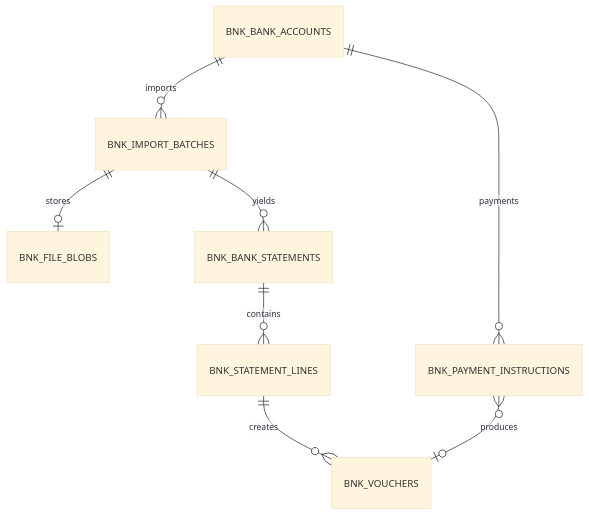
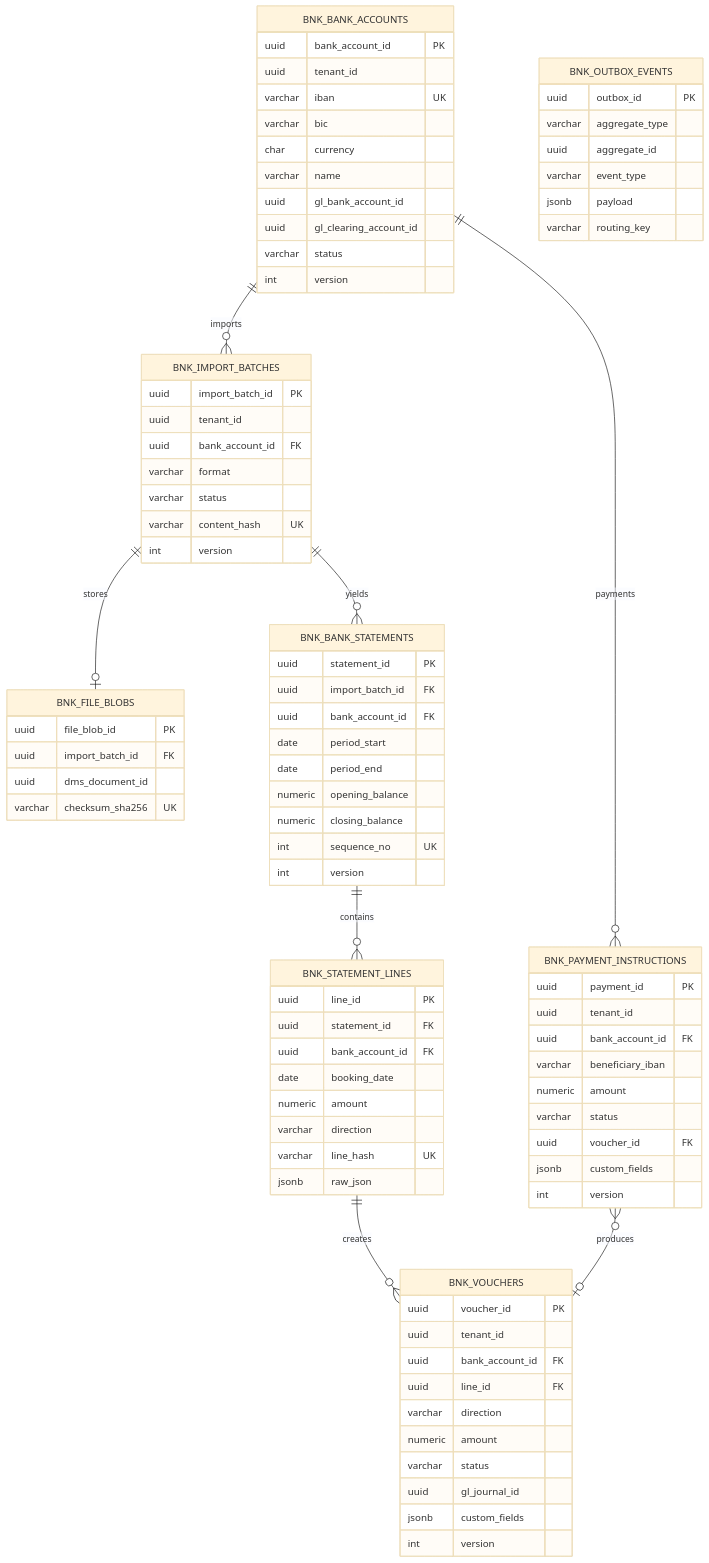
Before and after one commit to openleap-io/io.openleap.dev.spec: the ninth of 9 diagrams in T3_Domains/FI/domain-specs/fi_bnk-spec.md, drawn with Mermaid (base theme). The commit also changed other lines of this file and 54 other files, not shown here.

````diff
--- a/T3_Domains/FI/domain-specs/fi_bnk-spec.md
+++ b/T3_Domains/FI/domain-specs/fi_bnk-spec.md
@@ -656,4 +2459,91 @@
   BNK_STATEMENT_LINES ||--o{ BNK_VOUCHERS : creates
   BNK_BANK_ACCOUNTS ||--o{ BNK_PAYMENT_INSTRUCTIONS : payments
   BNK_PAYMENT_INSTRUCTIONS }o--o| BNK_VOUCHERS : produces
+
+  BNK_BANK_ACCOUNTS {
+    uuid bank_account_id PK
+    uuid tenant_id
+    varchar iban UK
+    varchar bic
+    char currency
+    varchar name
+    uuid gl_bank_account_id
+    uuid gl_clearing_account_id
+    varchar status
+    int version
+  }
+
+  BNK_IMPORT_BATCHES {
+    uuid import_batch_id PK
+    uuid tenant_id
+    uuid bank_account_id FK
+    varchar format
+    varchar status
+    varchar content_hash UK
+    int version
+  }
+
+  BNK_FILE_BLOBS {
+    uuid file_blob_id PK
+    uuid import_batch_id FK
+    uuid dms_document_id
+    varchar checksum_sha256 UK
+  }
+
+  BNK_BANK_STATEMENTS {
+    uuid statement_id PK
+    uuid import_batch_id FK
+    uuid bank_account_id FK
+    date period_start
+    date period_end
+    numeric opening_balance
+    numeric closing_balance
+    int sequence_no UK
+    int version
+  }
+
+  BNK_STATEMENT_LINES {
+    uuid line_id PK
+    uuid statement_id FK
+    uuid bank_account_id FK
+    date booking_date
+    numeric amount
+    varchar direction
+    varchar line_hash UK
+    jsonb raw_json
+  }
+
+  BNK_VOUCHERS {
+    uuid voucher_id PK
+    uuid tenant_id
+    uuid bank_account_id FK
+    uuid line_id FK
+    varchar direction
+    numeric amount
+    varchar status
+    uuid gl_journal_id
+    jsonb custom_fields
+    int version
+  }
+
+  BNK_PAYMENT_INSTRUCTIONS {
+    uuid payment_id PK
+    uuid tenant_id
+    uuid bank_account_id FK
+    varchar beneficiary_iban
+    numeric amount
+    varchar status
+    uuid voucher_id FK
+    jsonb custom_fields
+    int version
+  }
+
+  BNK_OUTBOX_EVENTS {
+    uuid outbox_id PK
+    varchar aggregate_type
+    uuid aggregate_id
+    varchar event_type
+    jsonb payload
+    varchar routing_key
+  }
 ```
````
